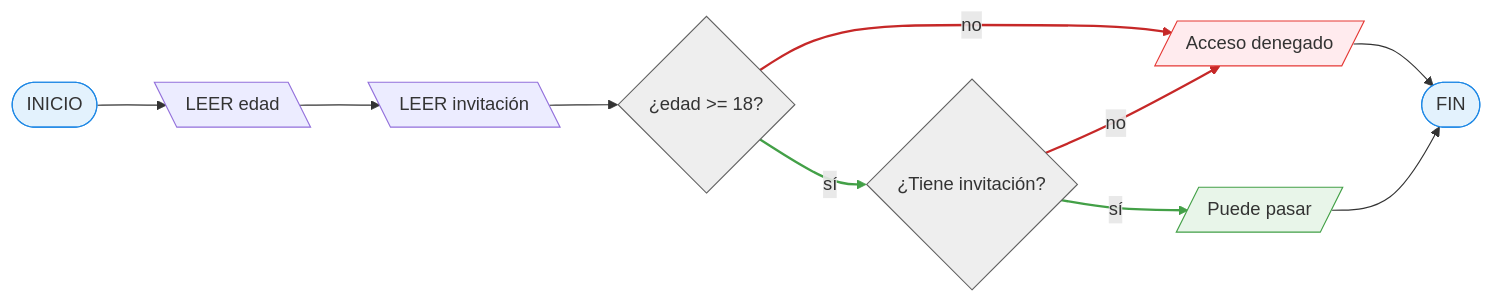
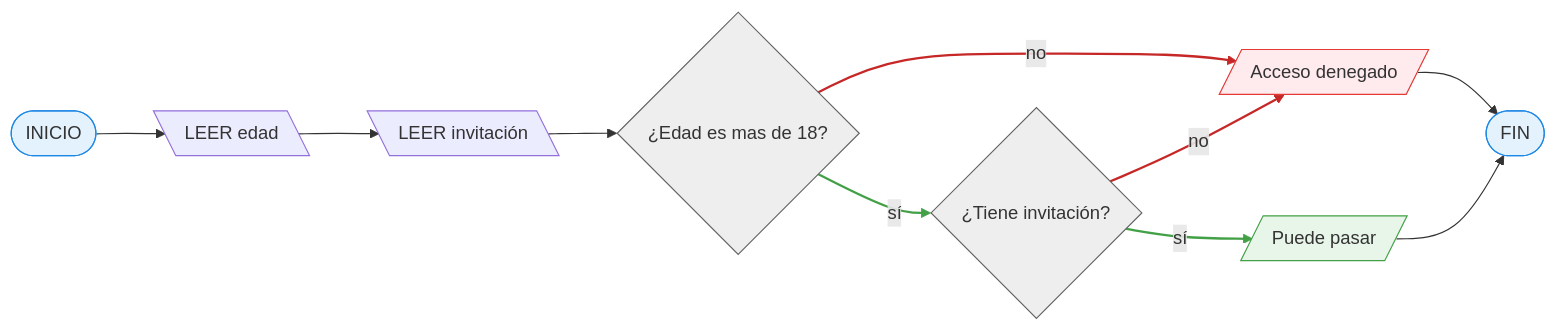
One commit to AlexJYad/F5-web-knowledge changed the second of 2 diagrams in content/actividad/16-marzo-2026.md. Above: the diagram before and after it, drawn with Mermaid.

Commit message:
fix: activ.16/03 2

````diff
--- a/content/actividad/16-marzo-2026.md
+++ b/content/actividad/16-marzo-2026.md
@@ -97,40 +97,40 @@
 ```mermaid
 flowchart LR
    A([INICIO])
    Z([FIN])
 
 
    B[\LEER edad\]
    C[\LEER invitación\]
 
-   S0{¿edad >= 18?}
+   S0{¿Edad es mas de 18?}
 
    S1{¿Tiene invitación?}
    S1s[/"Puede pasar"/]
 
    S0n[/"Acceso denegado"/]
 
    A --> B
    B --> C
    C --> S0
    S0 --> |sí| S1
    S0 --> |no| S0n --> Z
 
    S1 --> |sí| S1s --> Z
    S1 --> |no| S0n
 
    classDef InFin fill:#e3f2fd,stroke:#1e88e5,stroke-width:1px
    classDef SI fill:#e8f5e9,stroke:#43a047,stroke-width:1px
    classDef OR fill:#ffe0b2,stroke:#fb8c00,stroke-width:1px
    classDef NO fill:#fff8e1,stroke:#f9a825,stroke-width:1px
    classDef error fill:#ffebee,stroke:#e53935,stroke-width:1px
    classDef decision fill:#eeeeee,stroke:#616161,stroke-width:1px
 
    class A,Z InFin
    class S0,S1 decision
    class S0n error
    class S1s SI
 
    linkStyle 4,8 stroke:#c62828,stroke-width:2px
    linkStyle 3,6 stroke:#43a047,stroke-width:2px
 ```
````
